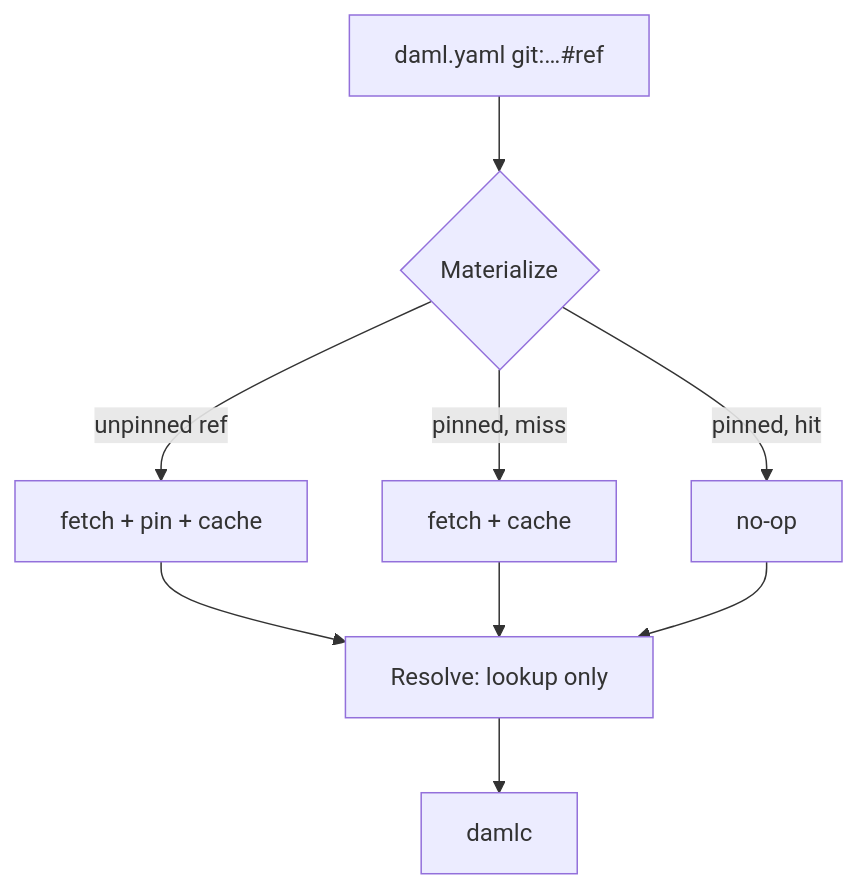
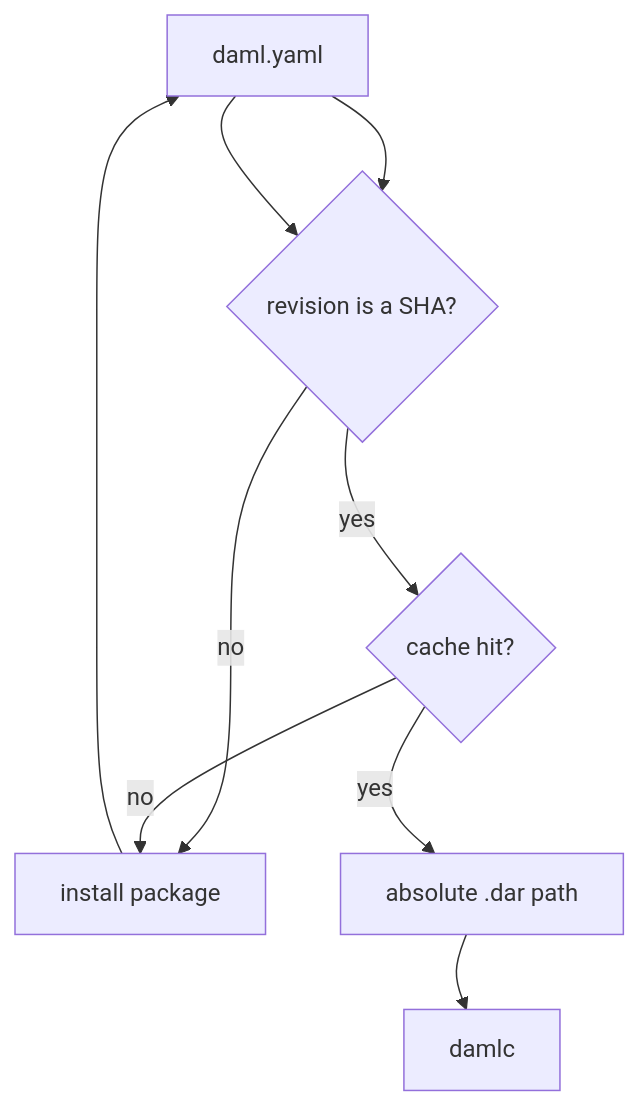
One commit to Moonsong-Labs/dpm changed the diagram in technical-design.md. Above: the diagram before and after it, drawn with Mermaid. The commit also changed other lines of this file and 1 other file, not shown here.

Commit message:
fix: update diagrams

````diff
--- a/technical-design.md
+++ b/technical-design.md
@@ -40,8 +40,24 @@
 ```mermaid
+---
+config:
+  flowchart:
+    ranker: tight-tree
+---
 flowchart TD
-  yaml["daml.yaml  git:…#ref"] --> mat{Materialize}
-  mat -->|unpinned ref| pin["fetch + pin + cache"]
-  mat -->|pinned, miss| copy["fetch + cache"]
-  mat -->|pinned, hit| skip[no-op]
-  pin & copy & skip --> res["Resolve: lookup only"] --> damlc
+  yaml["daml.yaml"]
+  pin{revision is a SHA?}
+  hit{cache hit?}
+  install[install package]
+  path["absolute .dar path"]
+  damlc[damlc]
+  yaml --> pin
+  pin ~~~ hit
+  hit ~~~ path
+  path ~~~ damlc
+  yaml --> pin
+  pin -->|no| install
+  install --> yaml
+  pin -->|yes| hit
+  hit -->|no| install
+  hit -->|yes| path --> damlc
 ```
````
